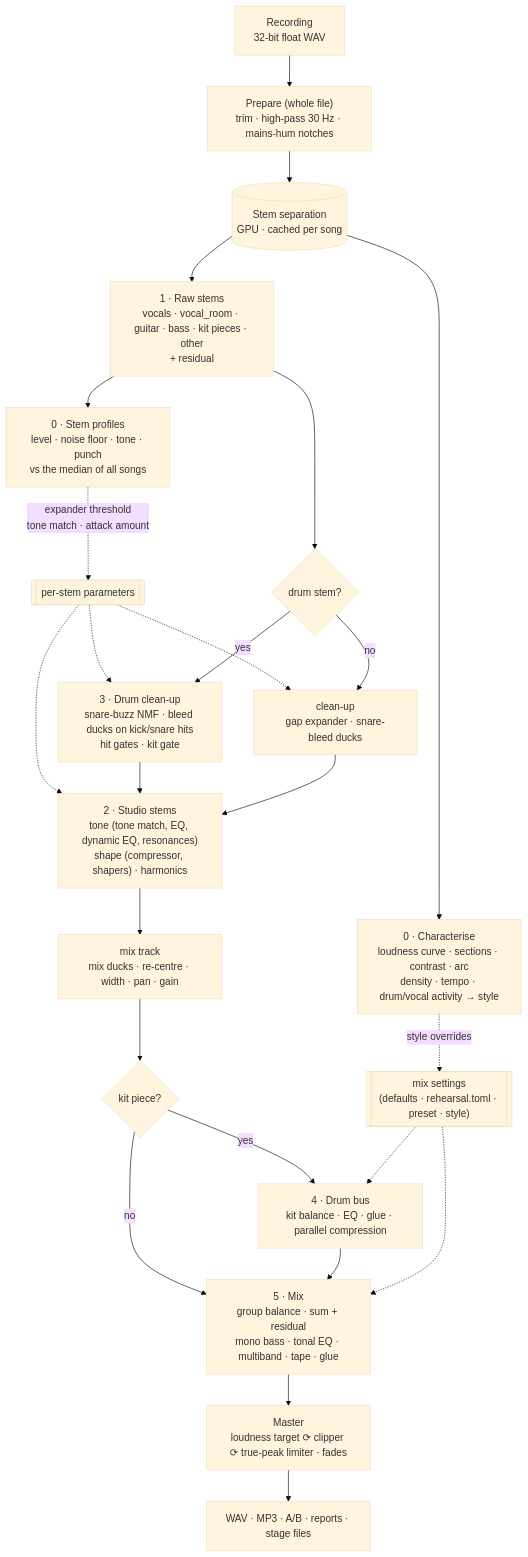
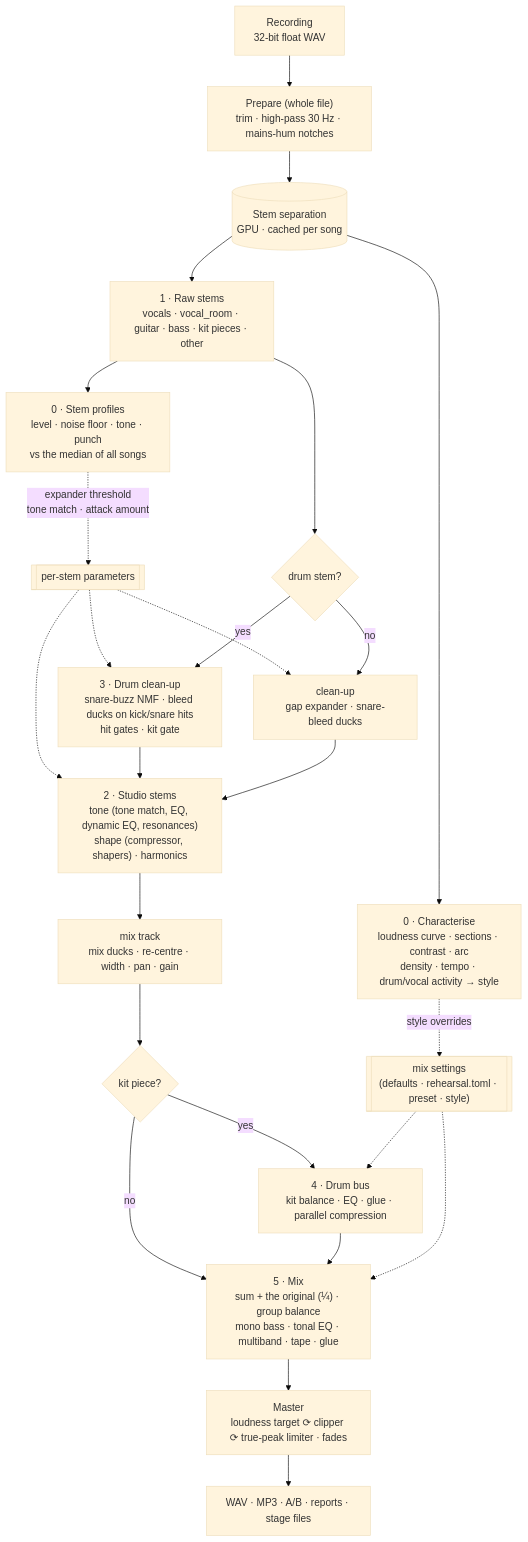
One commit to desmoteo/mooz changed the first of 5 diagrams in docs/DESIGN.md. Above: the diagram before and after it, drawn with Mermaid (base theme). The commit also changed other lines of this file and 11 other files, not shown here.

````diff
--- a/docs/DESIGN.md
+++ b/docs/DESIGN.md
@@ -30,25 +32,25 @@
 ```mermaid
 flowchart TD
     REC["Recording<br/>32-bit float WAV"] --> PREP["Prepare (whole file)<br/>trim · high-pass 30 Hz · mains-hum notches"]
     PREP --> SEP[("Stem separation<br/>GPU · cached per song")]
     SEP --> S0["0 · Characterise<br/>loudness curve · sections · contrast · arc<br/>density · tempo · drum/vocal activity → style"]
     S0 -. "style overrides" .-> SET[["mix settings<br/>(defaults · rehearsal.toml · preset · style)"]]
-    SEP --> S1["1 · Raw stems<br/>vocals · vocal_room · guitar · bass · kit pieces · other<br/>+ residual"]
+    SEP --> S1["1 · Raw stems<br/>vocals · vocal_room · guitar · bass · kit pieces · other"]
     S1 --> PR["0 · Stem profiles<br/>level · noise floor · tone · punch<br/>vs the median of all songs"]
     PR -. "expander threshold<br/>tone match · attack amount" .-> PAR[["per-stem parameters"]]
     PAR -.-> CL & S3 & S2
     S1 --> Q1{"drum stem?"}
     Q1 -- yes --> S3["3 · Drum clean-up<br/>snare-buzz NMF · bleed ducks on kick/snare hits<br/>hit gates · kit gate"]
     Q1 -- no --> CL["clean-up<br/>gap expander · snare-bleed ducks"]
     S3 --> S2["2 · Studio stems<br/>tone (tone match, EQ, dynamic EQ, resonances)<br/>shape (compressor, shapers) · harmonics"]
     CL --> S2
     S2 --> MT["mix track<br/>mix ducks · re-centre · width · pan · gain"]
     MT --> Q2{"kit piece?"}
     Q2 -- yes --> S4["4 · Drum bus<br/>kit balance · EQ · glue · parallel compression"]
     Q2 -- no --> S5
-    S4 --> S5["5 · Mix<br/>group balance · sum + residual<br/>mono bass · tonal EQ · multiband · tape · glue"]
+    S4 --> S5["5 · Mix<br/>sum + the original (¼) · group balance<br/>mono bass · tonal EQ · multiband · tape · glue"]
     SET -.-> S4
     SET -.-> S5
     S5 --> MA["Master<br/>loudness target ⟳ clipper ⟳ true-peak limiter · fades"]
     MA --> OUT["WAV · MP3 · A/B · reports · stage files"]
 ```
````
